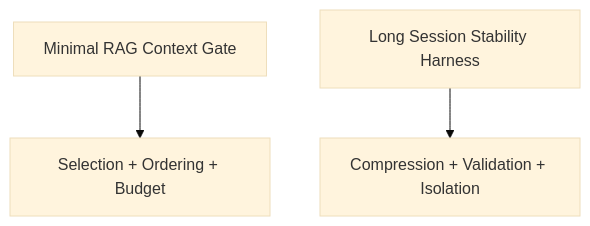
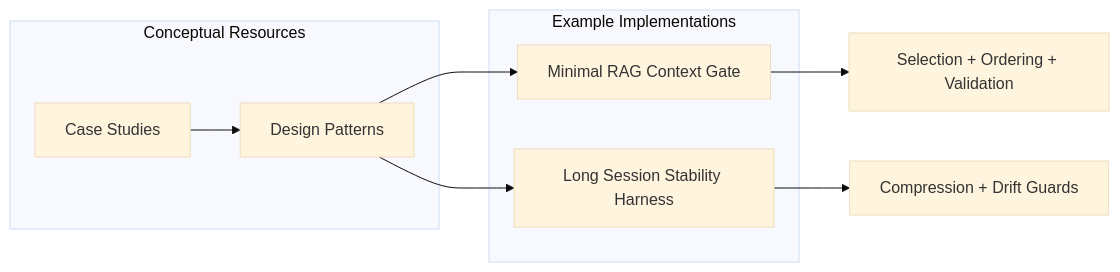
The diagram in examples/README.md (ShaileshRawat1403/context-engineering-core), drawn with Mermaid (base theme) before and after one commit. The commit also changed other lines of this file and 22 other files, not shown here.

Commit message:
Examples: add patterns and case studies content

````diff
--- a/examples/README.md
+++ b/examples/README.md
@@ -12,5 +14,18 @@
 ```mermaid
-flowchart TD
-    RAG[Minimal RAG Context Gate] --> Lessons1[Selection + Ordering + Budget]
-    Long[Long Session Stability Harness] --> Lessons2[Compression + Validation + Isolation]
+flowchart LR
+    subgraph "Example Implementations"
+        RAG[Minimal RAG Context Gate]
+        Long[Long Session Stability Harness]
+    end
+
+    subgraph "Conceptual Resources"
+        Patterns[Design Patterns]
+        CaseStudies[Case Studies]
+    end
+
+    RAG --> Controls[Selection + Ordering + Validation]
+    Long --> Controls2[Compression + Drift Guards]
+    Patterns --> RAG
+    Patterns --> Long
+    CaseStudies --> Patterns
 ```
````
